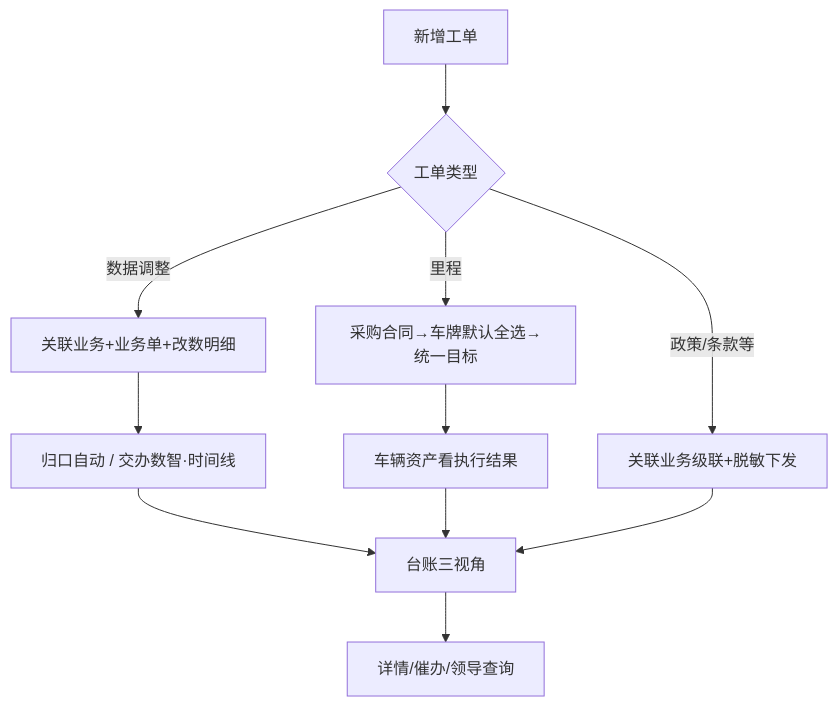
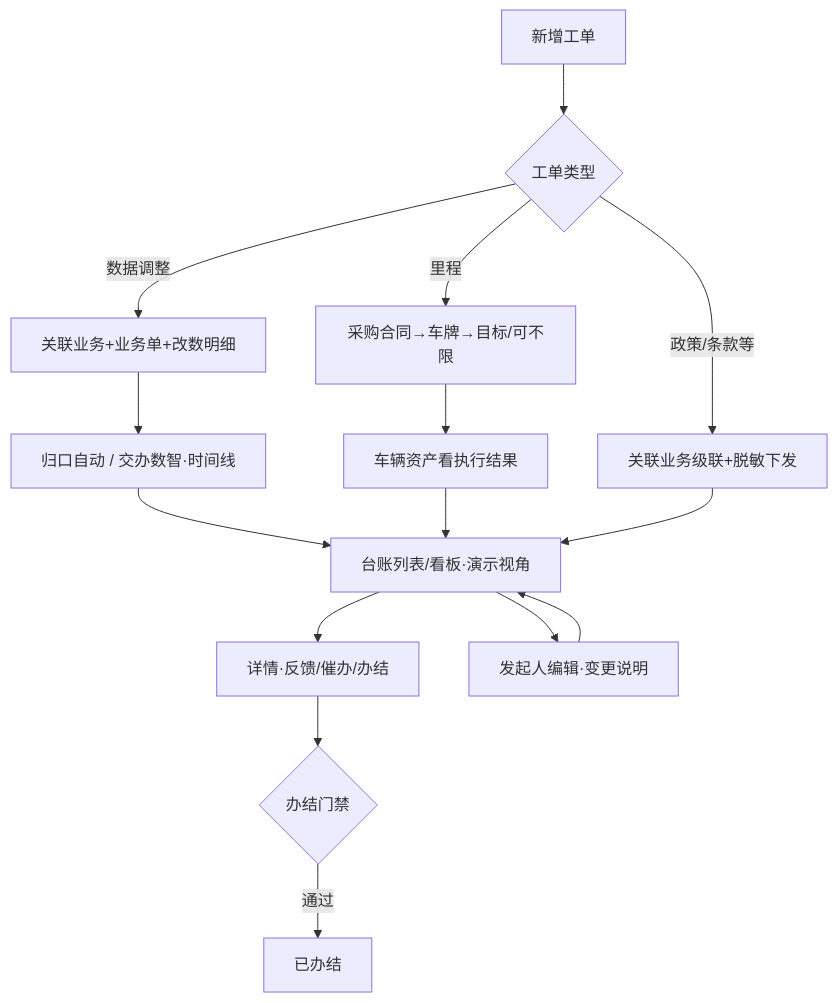
The diagram in src/resources/prd/task-work-order-autoprd.md (pazz09adk-glitch/OneOS-V2), drawn with Mermaid before and after one commit. The commit also changed other lines of this file and 165 other files, not shown here.

````diff
--- a/src/resources/prd/task-work-order-autoprd.md
+++ b/src/resources/prd/task-work-order-autoprd.md
@@ -92,13 +121,17 @@
 ```mermaid
 flowchart TB
   A[新增工单] --> T{工单类型}
   T -->|数据调整| D[关联业务+业务单+改数明细]
   D --> D2[归口自动 / 交办数智·时间线]
-  T -->|里程| M[采购合同→车牌默认全选→统一目标]
+  T -->|里程| M[采购合同→车牌→目标/可不限]
   M --> M2[车辆资产看执行结果]
   T -->|政策/条款等| P[关联业务级联+脱敏下发]
-  D2 --> L[台账三视角]
+  D2 --> L[台账列表/看板·演示视角]
   M2 --> L
   P --> L
-  L --> V[详情/催办/领导查询]
+  L --> V[详情·反馈/催办/办结]
+  L --> E[发起人编辑·变更说明]
+  E --> L
+  V --> C{办结门禁}
+  C -->|通过| Done[已办结]
 ```
````
